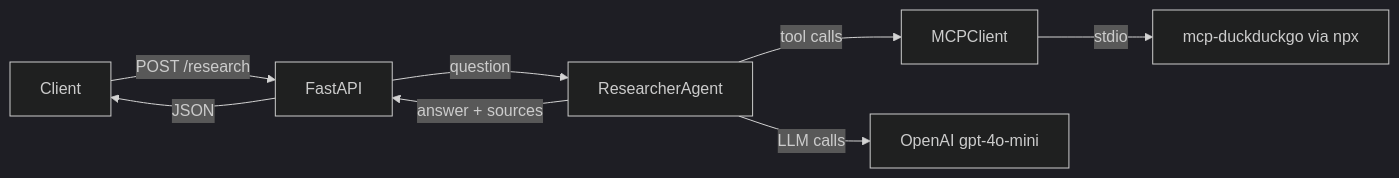
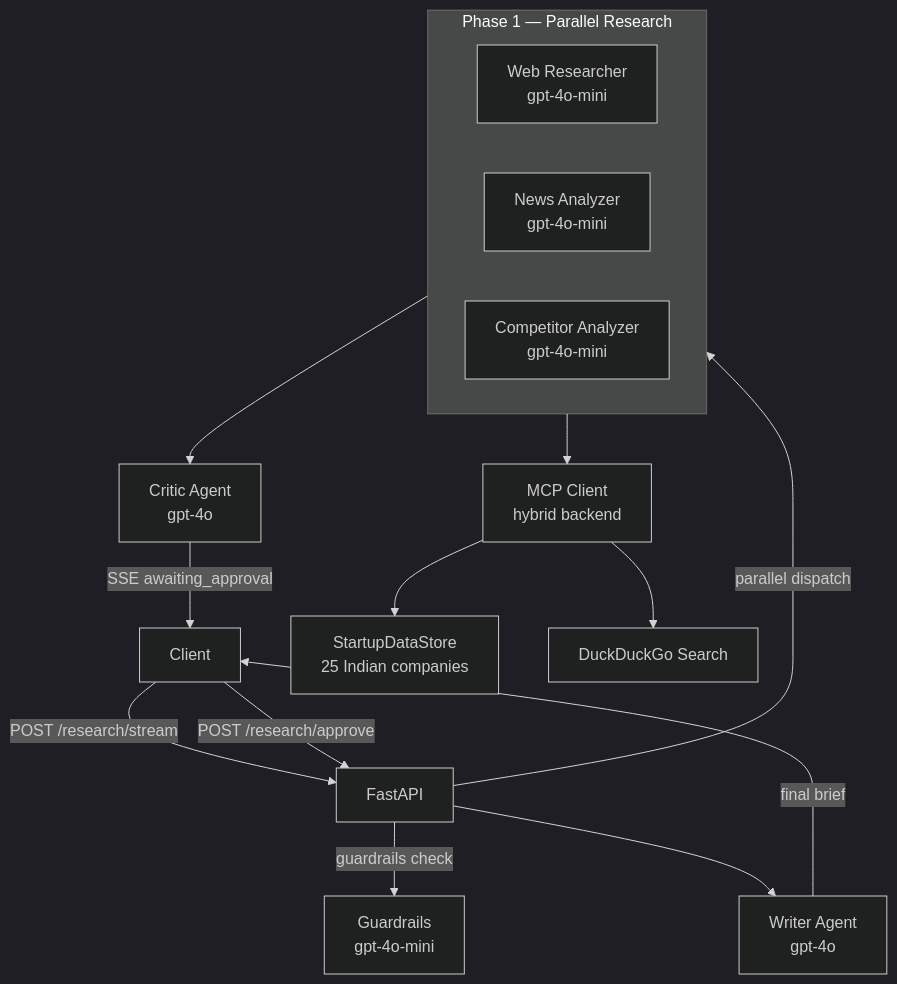
The diagram in README.md (varunbommagunta/indiavc), drawn with Mermaid (dark theme) before and after one commit. The commit also changed other lines of this file and 8 other files, not shown here.

````diff
--- a/README.md
+++ b/README.md
@@ -23,10 +46,22 @@
 ```mermaid
-graph LR
-    Client-->|POST /research|FastAPI
-    FastAPI-->|question|ResearcherAgent
-    ResearcherAgent-->|tool calls|MCPClient
-    MCPClient-->|stdio|DuckDuckGoMCPServer[mcp-duckduckgo via npx]
-    ResearcherAgent-->|LLM calls|OpenAI[OpenAI gpt-4o-mini]
-    ResearcherAgent-->|answer + sources|FastAPI
-    FastAPI-->|JSON|Client
+graph TD
+    Client -->|POST /research/stream| FastAPI
+    FastAPI -->|guardrails check| Guardrails[Guardrails\ngpt-4o-mini]
+    FastAPI -->|parallel dispatch| Phase1
+
+    subgraph Phase1 [Phase 1 — Parallel Research]
+        WebResearcher[Web Researcher\ngpt-4o-mini]
+        NewsAnalyzer[News Analyzer\ngpt-4o-mini]
+        CompetitorAnalyzer[Competitor Analyzer\ngpt-4o-mini]
+    end
+
+    Phase1 --> MCPClient[MCP Client\nhybrid backend]
+    MCPClient --> StartupDB[StartupDataStore\n25 Indian companies]
+    MCPClient --> DuckDuckGo[DuckDuckGo Search]
+
+    Phase1 --> Critic[Critic Agent\ngpt-4o]
+    Critic -->|SSE awaiting_approval| Client
+    Client -->|POST /research/approve| FastAPI
+    FastAPI --> Writer[Writer Agent\ngpt-4o]
+    Writer -->|final brief| Client
 ```
````
